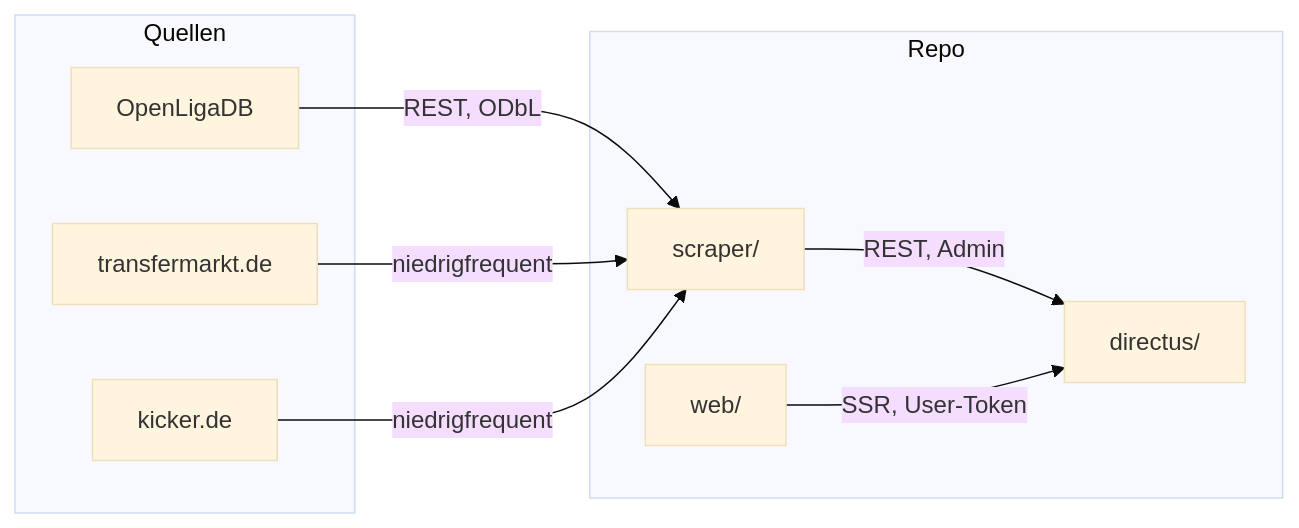
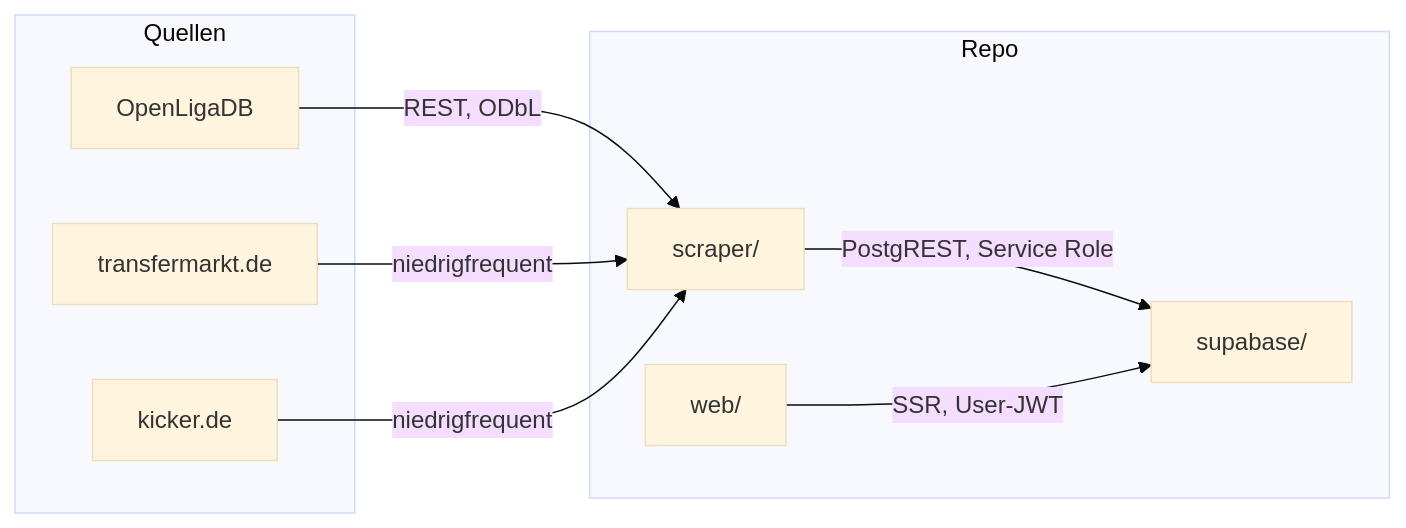
One commit to schroepa/comunio-skrt changed the diagram in README.md. Above: the diagram before and after it, drawn with Mermaid (base theme). The commit also changed other lines of this file and 31 other files, not shown here.

First line of the commit message:
feat: Directus durch Supabase ersetzen (Repo ohne Live-Projekt)

````diff
--- a/README.md
+++ b/README.md
@@ -25,18 +25,18 @@
 ```mermaid
 flowchart LR
   subgraph Quellen
     OL[OpenLigaDB]
     TM[transfermarkt.de]
     K[kicker.de]
   end
   subgraph Repo
     S[scraper/]
-    D[directus/]
+    SB[supabase/]
     W[web/]
   end
   OL -->|REST, ODbL| S
   TM -->|niedrigfrequent| S
   K -->|niedrigfrequent| S
-  S -->|REST, Admin| D
-  W -->|SSR, User-Token| D
+  S -->|PostgREST, Service Role| SB
+  W -->|SSR, User-JWT| SB
 ```
````
